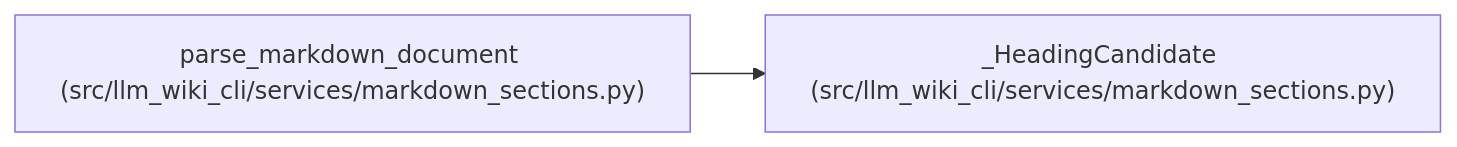
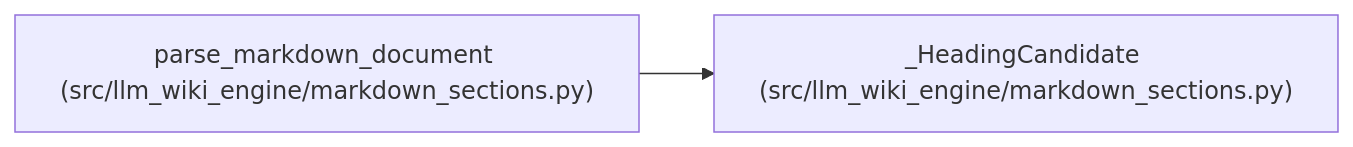
One commit to Denissvgn/python-wiki-llm changed the diagram in docs/llm_wiki/entities/HeadingCandidate.md. Above: the diagram before and after it, drawn with Mermaid. The commit also changed other lines of this file and 1103 other files, not shown here.

First line of the commit message:
docs: refresh the wiki for the llm-wiki-engine distribution

````diff
--- a/docs/llm_wiki/entities/HeadingCandidate.md
+++ b/docs/llm_wiki/entities/HeadingCandidate.md
@@ -34,8 +34,8 @@
 ```mermaid
 flowchart LR
-    n0["_HeadingCandidate (src/llm_wiki_cli/services/markdown_sections.py)"]
-    n1["parse_markdown_document (src/llm_wiki_cli/services/markdown_sections.py)"]
+    n0["_HeadingCandidate (src/llm_wiki_engine/markdown_sections.py)"]
+    n1["parse_markdown_document (src/llm_wiki_engine/markdown_sections.py)"]
     n1 --> n0
     click n0 "../modules/markdown_sections.md"
     click n1 "../modules/markdown_sections.md"
 ```
````
